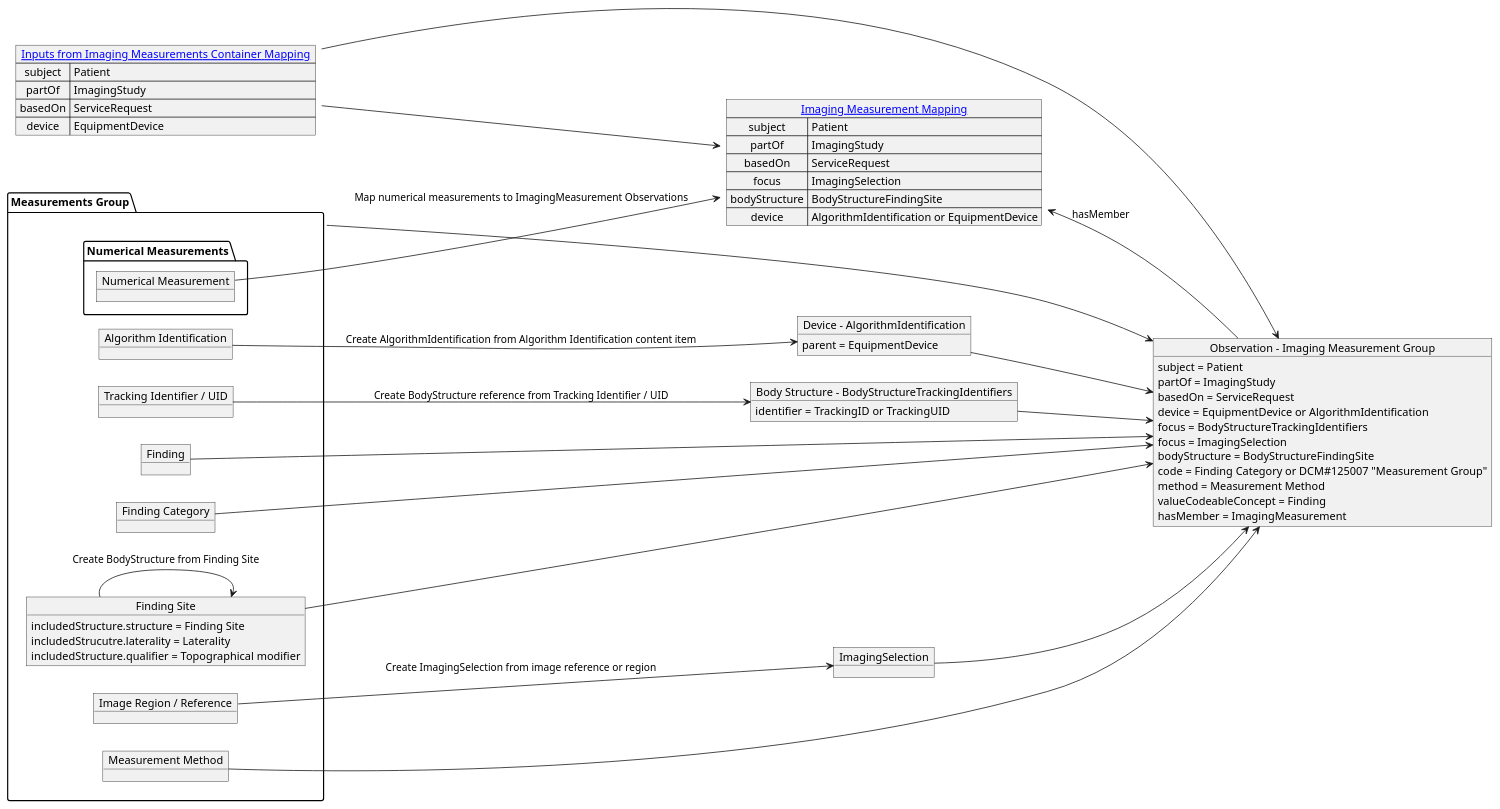
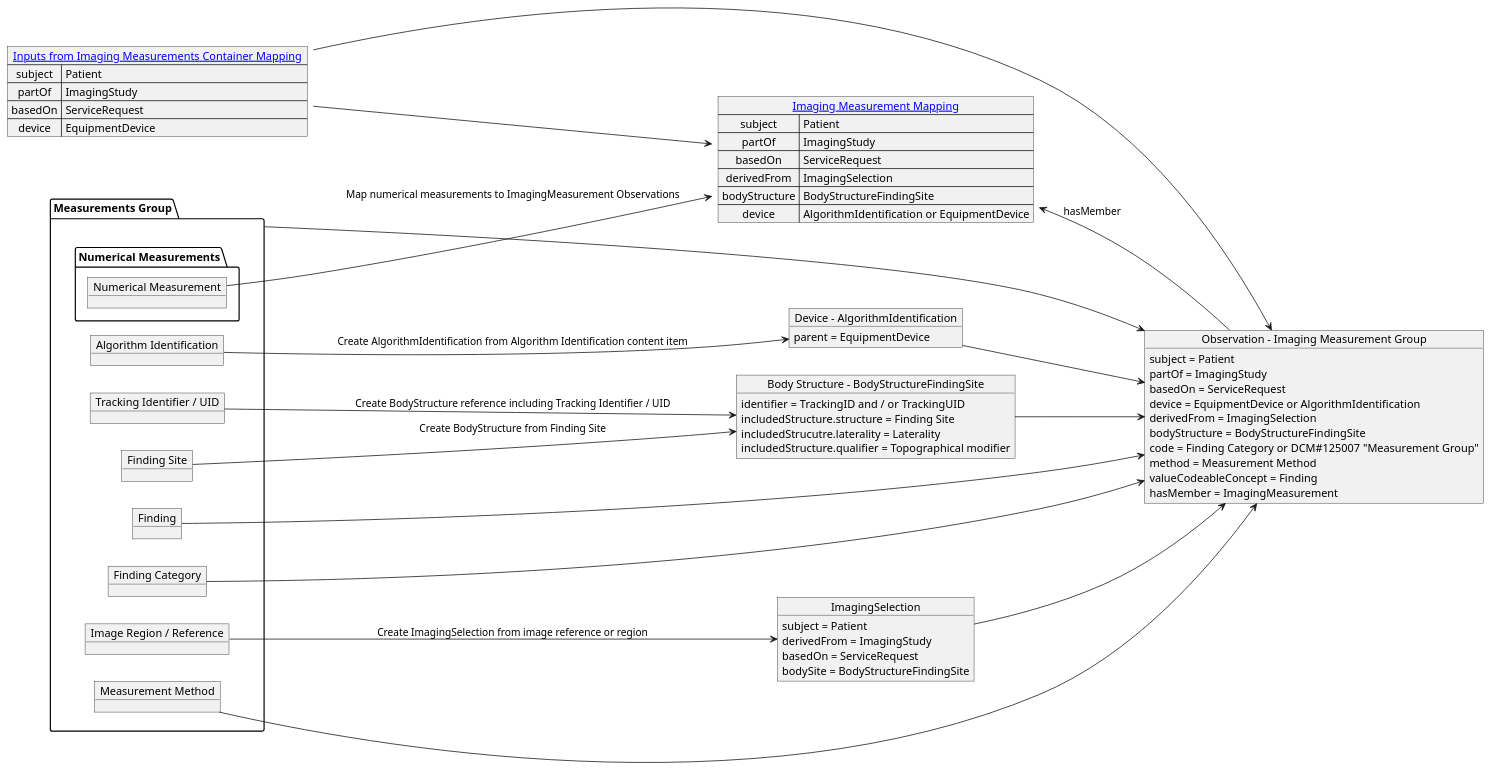
Before and after one commit to HL7/dicom-sr: the diagram in input/images-source/4_5_imaging_measurement_group_mapping.plantuml, drawn with PlantUML. The commit also changed 20 other files, not shown here.

Commit message:
FHIR-47943 - Added bodyStructureFindingSite to ImagingSelection-Abstract-ObservationImagingSelection.fsh - Updated mapping diagram to copy it (and other elements) from parent measurement group -- Also fixed diagrams to shift away from focus

```diff
--- a/input/images-source/4_5_imaging_measurement_group_mapping.plantuml
+++ b/input/images-source/4_5_imaging_measurement_group_mapping.plantuml
@@ -1,82 +1,81 @@
 @startuml imaging_measurement_group_mapping
 left to right direction
 
 map "[[mapping.html#imaging-measurements-container-mapping Inputs from Imaging Measurements Container Mapping]]" as inputs {
    subject => Patient
    partOf => ImagingStudy
    basedOn => ServiceRequest
    device => EquipmentDevice
 }
 
 package "Measurements Group" as measurementGroup {
    object "Algorithm Identification" as algorithm
    object "Tracking Identifier / UID" as tracking
    object "Finding" as finding
    object "Finding Category" as findingCategory
-   object "Finding Site" as BodyStructureFindingSite
+   object "Finding Site" as findingSite
    object "Image Region / Reference" as imageRegion
    object "Measurement Method" as method
    package "Numerical Measurements" {
     object "Numerical Measurement" as measurement
    }
 }
 
 object "Device - AlgorithmIdentification" as AlgorithmIdentification {
     parent = EquipmentDevice
 }
 
-object "Body Structure - BodyStructureTrackingIdentifiers" as TrackingBodyStructure {
-    identifier = TrackingID or TrackingUID
-}
-
 object "Body Structure - BodyStructureFindingSite" as BodyStructureFindingSite {
+    identifier = TrackingID and / or TrackingUID
     includedStructure.structure = Finding Site
     includedStrucutre.laterality = Laterality
     includedStructure.qualifier = Topographical modifier
 }
 
-object ImagingSelection 
+object ImagingSelection {
+        subject = Patient
+        derivedFrom = ImagingStudy
+        basedOn = ServiceRequest
+        bodySite = BodyStructureFindingSite
+}
 
 object "Observation - Imaging Measurement Group" as imagingMeasurementGroup {
     subject = Patient
     partOf = ImagingStudy
     basedOn = ServiceRequest
     device = EquipmentDevice or AlgorithmIdentification
-    focus = BodyStructureTrackingIdentifiers
-    focus = ImagingSelection
+    derivedFrom = ImagingSelection
     bodyStructure = BodyStructureFindingSite
     code = Finding Category or DCM#125007 "Measurement Group"
     method = Measurement Method
     valueCodeableConcept = Finding
     hasMember = ImagingMeasurement
 }
 
 map "[[mapping.html#imaging-measurement-mapping Imaging Measurement Mapping]]" as imagingMeasurementMap {
     subject => Patient
     partOf => ImagingStudy
     basedOn => ServiceRequest
-    focus => TrackingBodyStructure
-    focus => ImagingSelection
+    derivedFrom => ImagingSelection
     bodyStructure => BodyStructureFindingSite
     device => AlgorithmIdentification or EquipmentDevice
 }
 
 algorithm --> AlgorithmIdentification: Create AlgorithmIdentification from Algorithm Identification content item
-tracking --> TrackingBodyStructure: Create BodyStructure reference from Tracking Identifier / UID
-BodyStructureFindingSite --> BodyStructureFindingSite: Create BodyStructure from Finding Site
+tracking --> BodyStructureFindingSite: Create BodyStructure reference including Tracking Identifier / UID
+findingSite --> BodyStructureFindingSite: Create BodyStructure from Finding Site
 imageRegion --> ImagingSelection: Create ImagingSelection from image reference or region
 
 inputs --> imagingMeasurementGroup
 AlgorithmIdentification --> imagingMeasurementGroup
-TrackingBodyStructure --> imagingMeasurementGroup
 finding --> imagingMeasurementGroup
 findingCategory --> imagingMeasurementGroup
 BodyStructureFindingSite --> imagingMeasurementGroup
 ImagingSelection --> imagingMeasurementGroup
 measurementGroup --> imagingMeasurementGroup
 method --> imagingMeasurementGroup
 
 inputs --> imagingMeasurementMap
 measurement --> imagingMeasurementMap: Map numerical measurements to ImagingMeasurement Observations
 imagingMeasurementMap <-- imagingMeasurementGroup: hasMember
 @enduml
```
